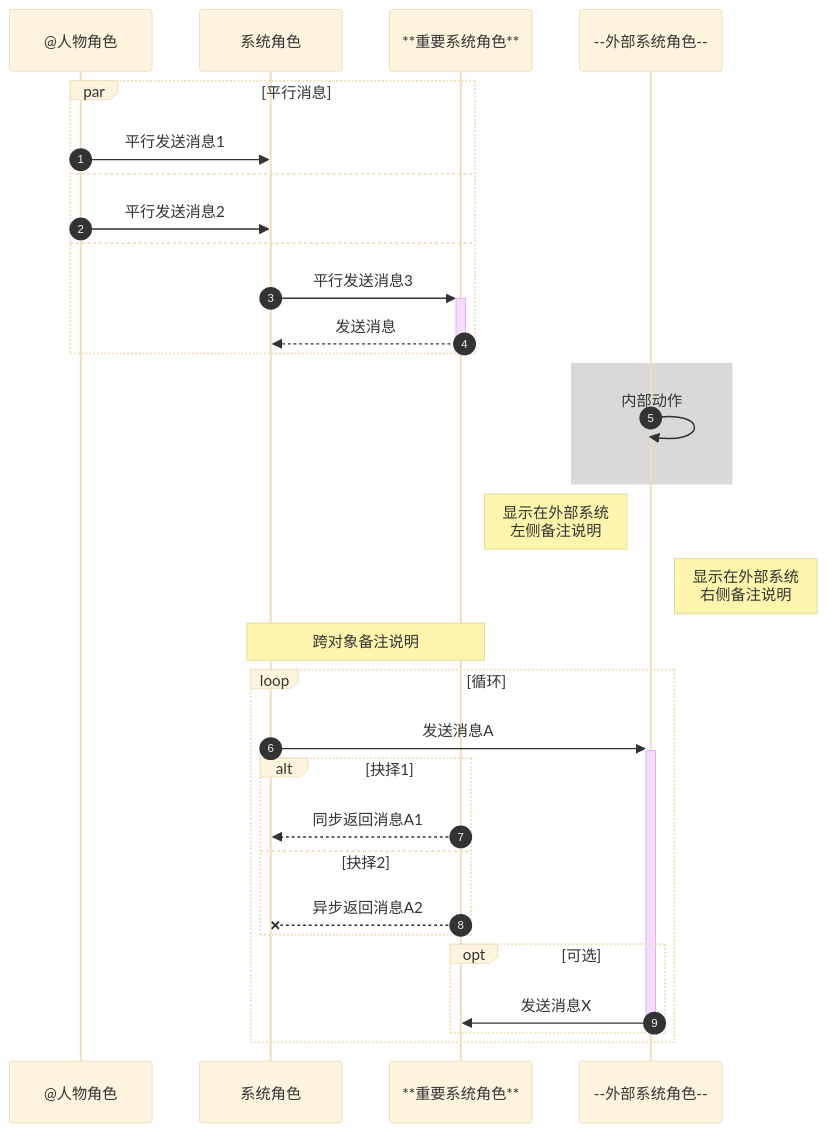
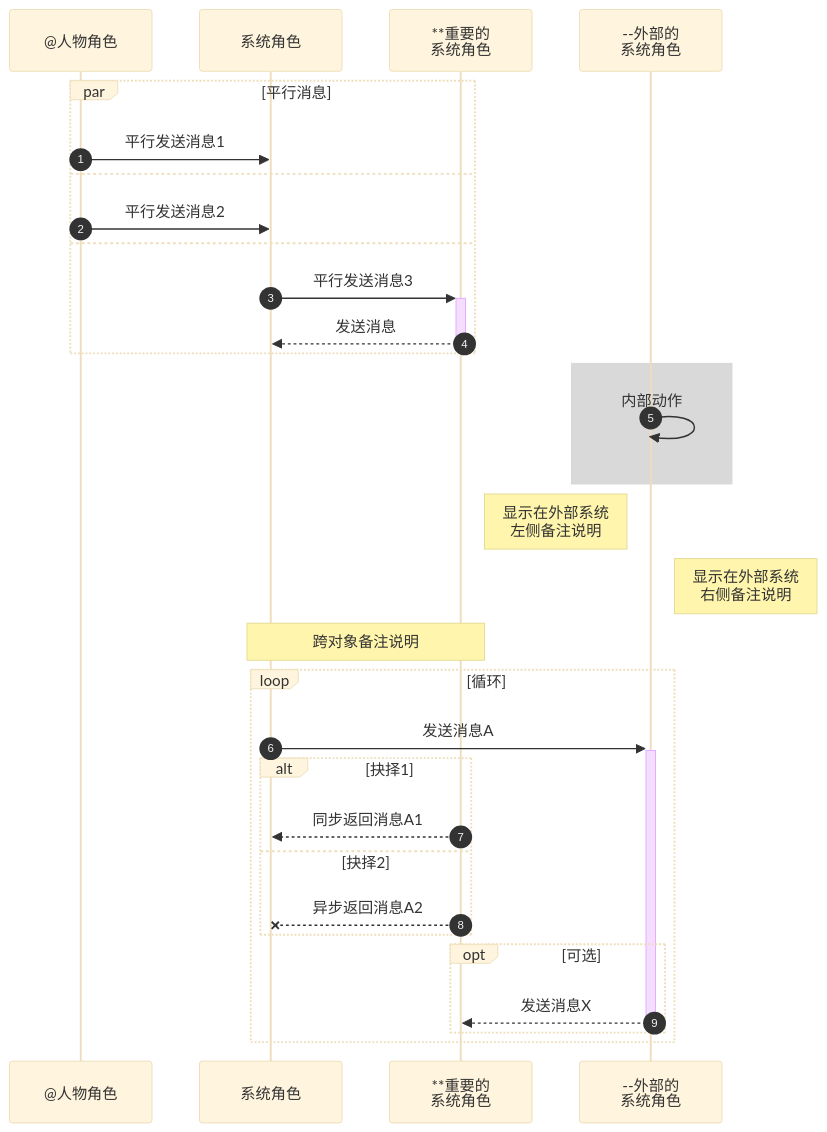
Before and after one commit to MadMaxChow/VLOOK: the fourth of 4 diagrams in released/demo/VLOOK 快速参考手册.md, drawn with Mermaid (base theme). The commit also changed other lines of this file and 26 other files, not shown here.

````diff
--- a/released/demo/VLOOK 快速参考手册.md
+++ b/released/demo/VLOOK 快速参考手册.md
@@ -468,39 +470,39 @@
 ```mermaid
 sequenceDiagram
 %% 设置显示消息的自动编号
 autonumber
 
 participant User as @人物角色
 participant Client as 系统角色
-participant Server as **重要系统角色**
-participant Extend as --外部系统角色--
+participant Server as **重要的<br />系统角色
+participant Extend as --外部的<br />系统角色
 
 par 平行消息
 	User ->> Client: 平行发送消息1
 and
 	User ->> Client: 平行发送消息2
 and
   Client ->>+ Server: 平行发送消息3
   Server -->>- Client: 发送消息
 end
 
 %% 设置区域高亮
 rect rgba(128, 128, 128, 0.3)
 	Extend ->> Extend: 内部动作
 end
 
-Note left of Extend: 显示在外部系统<br>左侧备注说明
-Note right of Extend: 显示在外部系统<br>右侧备注说明
+Note left of Extend: 显示在外部系统<br />左侧备注说明
+Note right of Extend: 显示在外部系统<br />右侧备注说明
 Note over Client,Server: 跨对象备注说明
 loop 循环
 	Client ->>+ Extend: 发送消息A
 	alt 抉择1
 		Server -->> Client: 同步返回消息A1
 	else 抉择2
 		Server --X Client: 异步返回消息A2
 	end
 	opt 可选
-		Extend ->>- Server: 发送消息X
+		Extend -->>- Server: 发送消息X
 	end
 end
 ```
````
